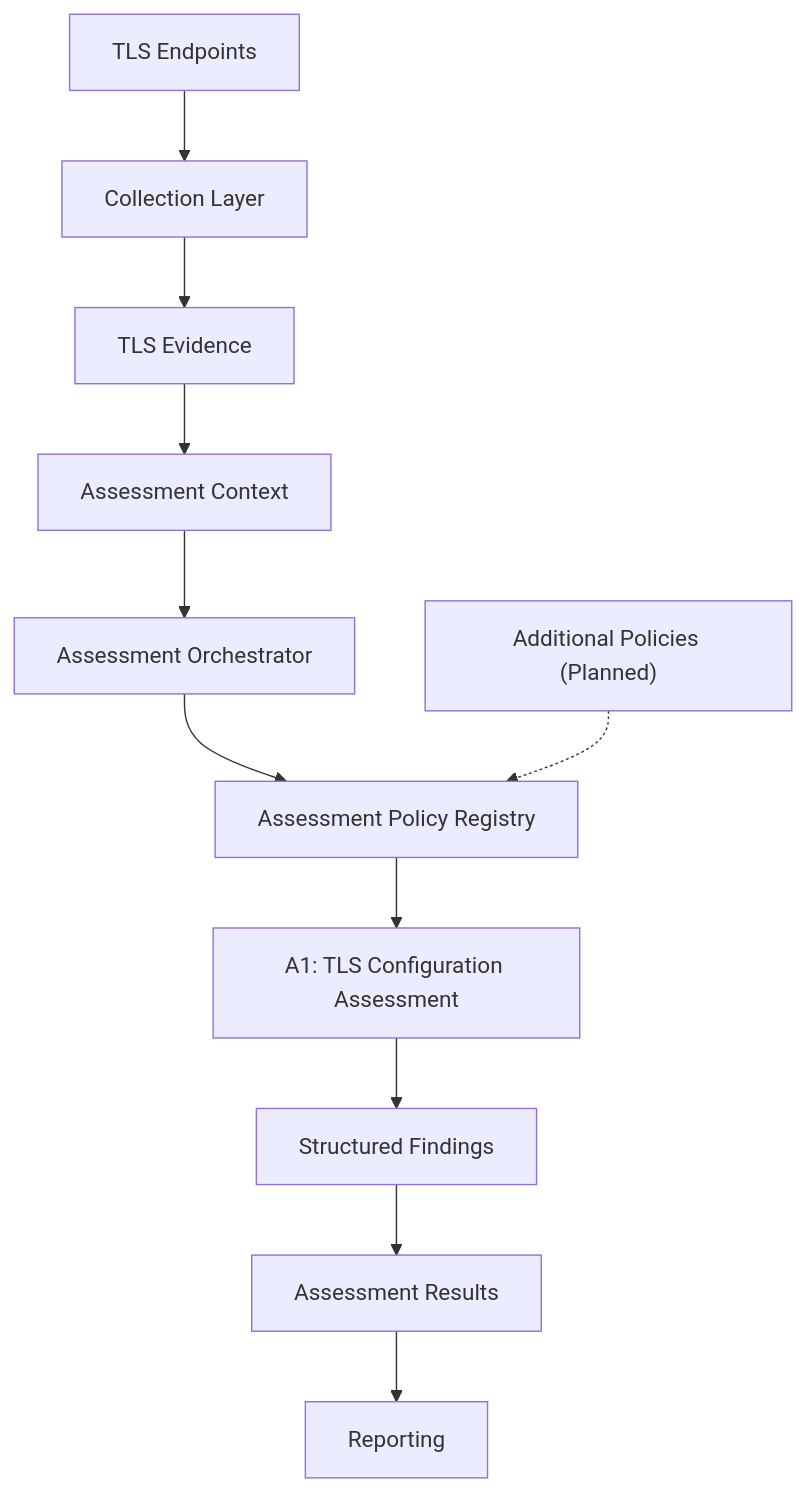
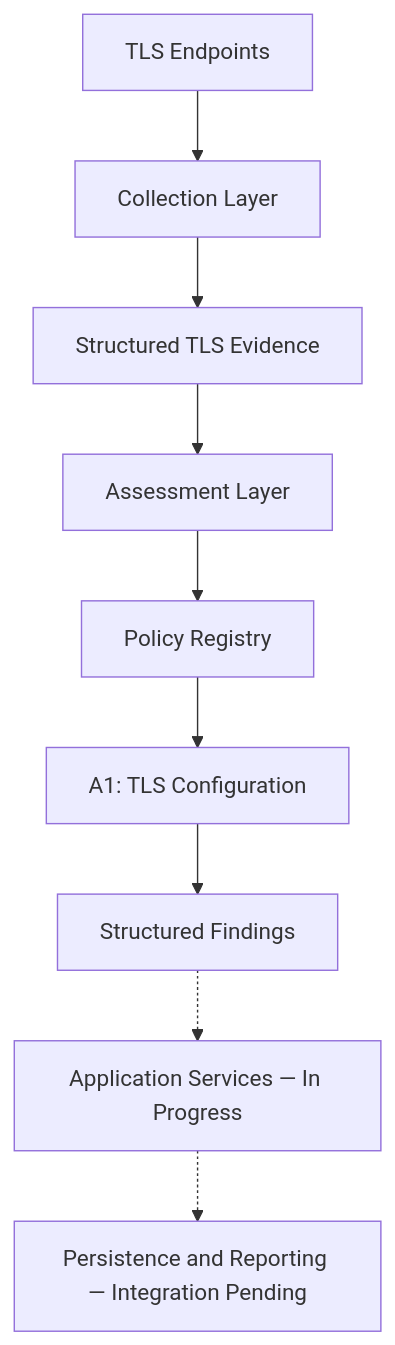
The diagram in README.md (git-loa/cryptographic-inventory-pqc-risk-assessment), drawn with Mermaid before and after one commit. The commit also changed other lines of this file, not shown here.

````diff
--- a/README.md
+++ b/README.md
@@ -59,14 +52,12 @@
 ```mermaid
 flowchart TD
     A["TLS Endpoints"] --> B["Collection Layer"]
-    B --> C["TLS Evidence"]
-    C --> D["Assessment Context"]
-    D --> E["Assessment Orchestrator"]
-    E --> F["Assessment Policy Registry"]
-    F --> G["A1: TLS Configuration Assessment"]
-    G --> H["Structured Findings"]
-    H --> I["Assessment Results"]
-    I --> J["Reporting"]
+    B --> C["Structured TLS Evidence"]
+    C --> D["Assessment Layer"]
+    D --> E["Policy Registry"]
+    E --> F["A1: TLS Configuration"]
+    F --> G["Structured Findings"]
 
-    K["Additional Policies (Planned)"] -.-> F
+    G -.-> H["Application Services — In Progress"]
+    H -.-> I["Persistence and Reporting — Integration Pending"]
 ```
````
